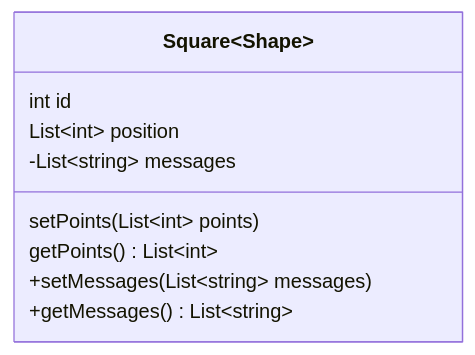
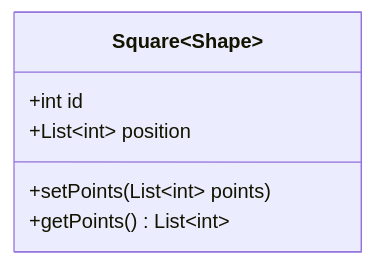
One commit to coswit/coswit.github.io changed the seventh of 9 diagrams in 博客相关/markdown语法.md. Above: the diagram before and after it, drawn with Mermaid. The commit also changed other lines of this file and 14 other files, not shown here.

````diff
--- a/博客相关/markdown语法.md
+++ b/博客相关/markdown语法.md
@@ -242,13 +151,9 @@
 ```mermaid
 classDiagram
-class Square~Shape~{
-    int id
-    List~int~ position
-    setPoints(List~int~ points)
-    getPoints() List~int~
-}
-
-Square : -List~string~ messages
-Square : +setMessages(List~string~ messages)
-Square : +getMessages() List~string~
+    class Square~Shape~ {
+        +int id
+        +List~int~ position
+        +setPoints(List~int~ points)
+        +getPoints() List~int~
+    }
 ```
````
